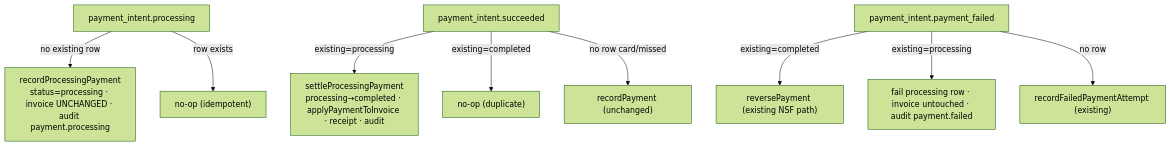
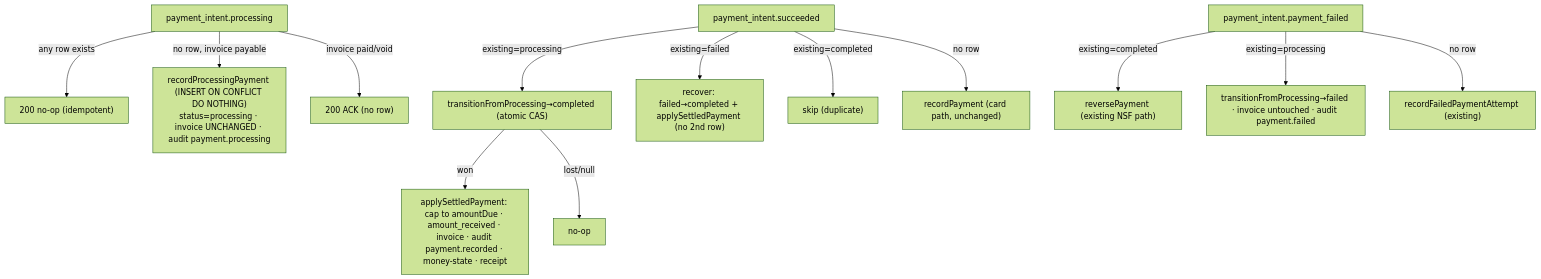
One commit to joshrkay/Serviceos changed the diagram in docs/plans/2026-06-14-004-feat-ach-processing-lifecycle-plan.md. Above: the diagram before and after it, drawn with Mermaid (forest theme). The commit also changed other lines of this file, not shown here.

First line of the commit message:
docs(plans): deepen E2a plan with money-path review findings

````diff
--- a/docs/plans/2026-06-14-004-feat-ach-processing-lifecycle-plan.md
+++ b/docs/plans/2026-06-14-004-feat-ach-processing-lifecycle-plan.md
@@ -52,11 +52,15 @@
 ```mermaid
 flowchart TD
-  P["payment_intent.processing"] -->|no existing row| RP["recordProcessingPayment<br/>status=processing · invoice UNCHANGED · audit payment.processing"]
-  P -->|row exists| NOOP1["no-op (idempotent)"]
-  S["payment_intent.succeeded"] -->|existing=processing| ST["settleProcessingPayment<br/>processing→completed · applyPaymentToInvoice · receipt · audit"]
-  S -->|existing=completed| NOOP2["no-op (duplicate)"]
-  S -->|no row card/missed| RC["recordPayment (unchanged)"]
+  P["payment_intent.processing"] -->|any row exists| NO["200 no-op (idempotent)"]
+  P -->|no row, invoice payable| RP["recordProcessingPayment (INSERT ON CONFLICT DO NOTHING)<br/>status=processing · invoice UNCHANGED · audit payment.processing"]
+  P -->|invoice paid/void| ACK["200 ACK (no row)"]
+  S["payment_intent.succeeded"] -->|existing=processing| CAS["transitionFromProcessing→completed (atomic CAS)"]
+  CAS -->|won| AS["applySettledPayment: cap to amountDue · amount_received · invoice · audit payment.recorded · money-state · receipt"]
+  CAS -->|lost/null| NO2["no-op"]
+  S -->|existing=failed| REC["recover: failed→completed + applySettledPayment (no 2nd row)"]
+  S -->|existing=completed| NO3["skip (duplicate)"]
+  S -->|no row| RC["recordPayment (card path, unchanged)"]
   F["payment_intent.payment_failed"] -->|existing=completed| RV["reversePayment (existing NSF path)"]
-  F -->|existing=processing| FF["fail processing row · invoice untouched · audit payment.failed"]
+  F -->|existing=processing| FF["transitionFromProcessing→failed · invoice untouched · audit payment.failed"]
   F -->|no row| RFA["recordFailedPaymentAttempt (existing)"]
 ```
````
